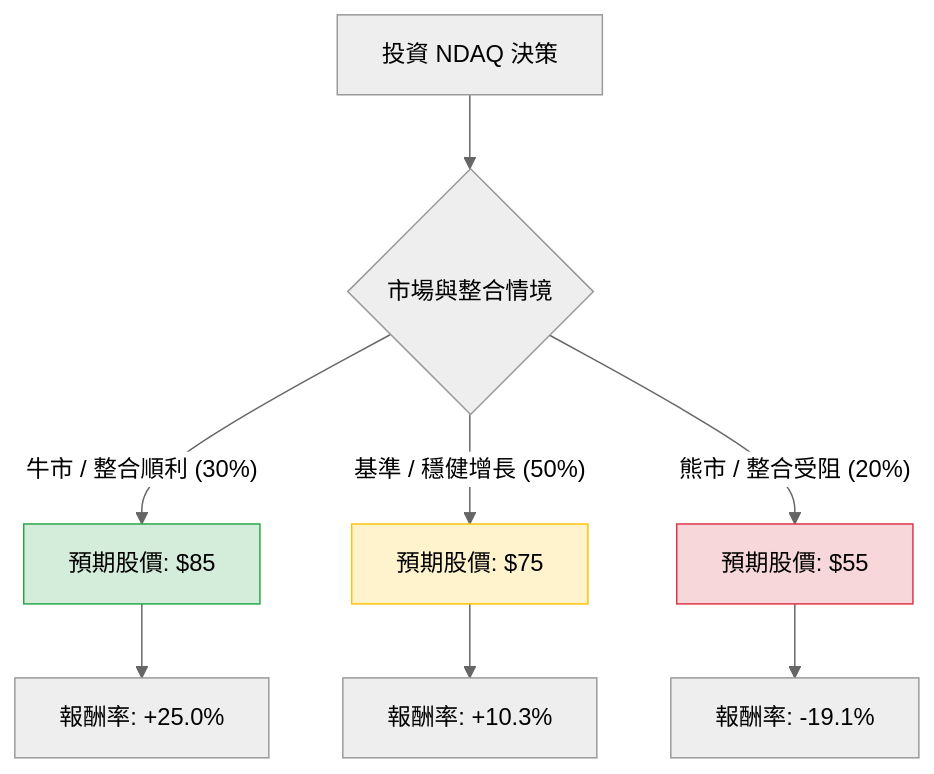
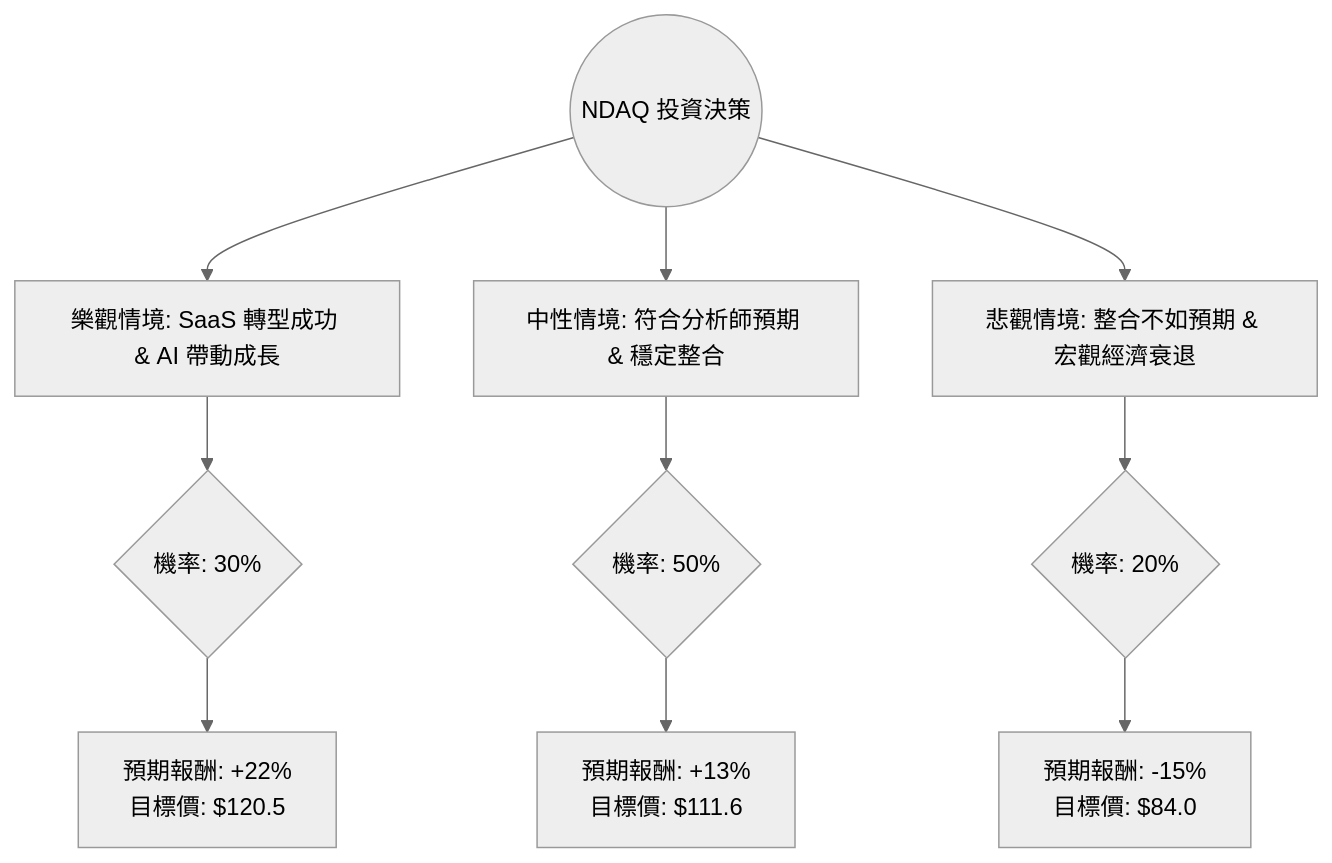
One commit to zmcx16/zmcx16.github.io changed the diagram in plugin-react/ai-analysis/ev-analysis/NDAQ.md. Above: the diagram before and after it, drawn with Mermaid (neutral theme). The commit also changed other lines of this file and 77 other files, not shown here.

````diff
--- a/plugin-react/ai-analysis/ev-analysis/NDAQ.md
+++ b/plugin-react/ai-analysis/ev-analysis/NDAQ.md
@@ -21,16 +19,15 @@
 ```mermaid
 graph TD
-    A[投資 NDAQ 決策] --> B{市場與整合情境}
-    
-    B -- 牛市 / 整合順利 (30%) --> C[預期股價: $85]
-    B -- 基準 / 穩健增長 (50%) --> D[預期股價: $75]
-    B -- 熊市 / 整合受阻 (20%) --> E[預期股價: $55]
+    Start((NDAQ 投資決策)) --> Bull[樂觀情境: SaaS 轉型成功 & AI 帶動成長]
+    Start --> Base[中性情境: 符合分析師預期 & 穩定整合]
+    Start --> Bear[悲觀情境: 整合不如預期 & 宏觀經濟衰退]
 
-    C --> F[報酬率: +25.0%]
-    D --> G[報酬率: +10.3%]
-    E --> H[報酬率: -19.1%]
+    Bull --> BullProb{機率: 30%}
+    BullProb --> BullReturn[預期報酬: +22% <br> 目標價: $120.5]
 
-    style C fill:#d4edda,stroke:#28a745
-    style D fill:#fff3cd,stroke:#ffc107
-    style E fill:#f8d7da,stroke:#dc3545
+    Base --> BaseProb{機率: 50%}
+    BaseProb --> BaseReturn[預期報酬: +13% <br> 目標價: $111.6]
+
+    Bear --> BearProb{機率: 20%}
+    BearProb --> BearReturn[預期報酬: -15% <br> 目標價: $84.0]
 ```
````
